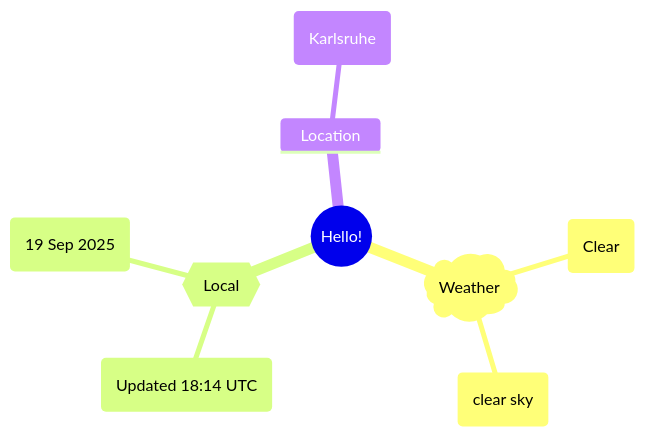
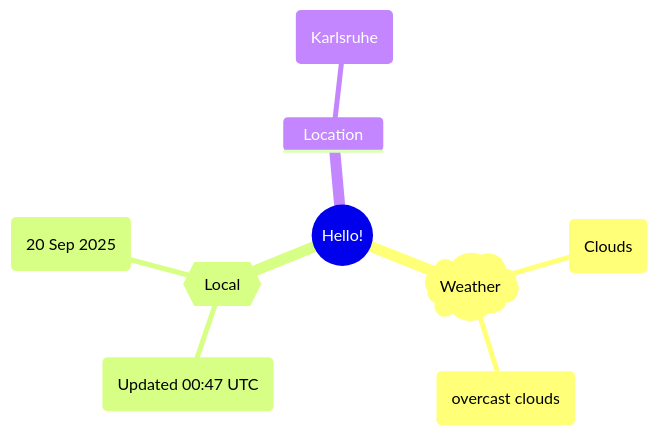
Before and after one commit to Xosrov/Xosrov: the first of 2 diagrams in README.md, drawn with Mermaid.

Commit message:
[bot] updated images

````diff
--- a/README.md
+++ b/README.md
@@ -3,12 +3,12 @@
 ```mermaid
 mindmap
   root((Hello!))
     )Weather(
-        (Clear)
-        (clear sky)
+        (Clouds)
+        (overcast clouds)
     {{Local}}
-        (Updated 18:14 UTC)
-        (19 Sep 2025)
+        (Updated 00:47 UTC)
+        (20 Sep 2025)
     Location
         (Karlsruhe)
 ```
````
